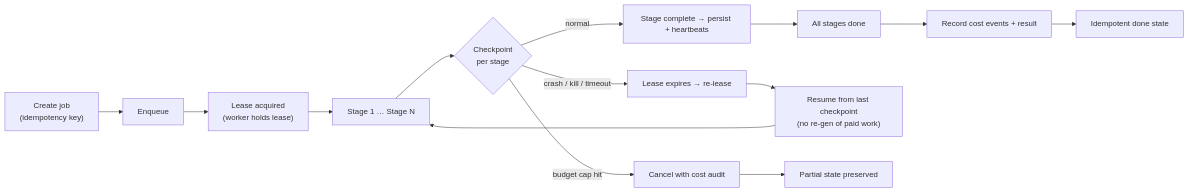
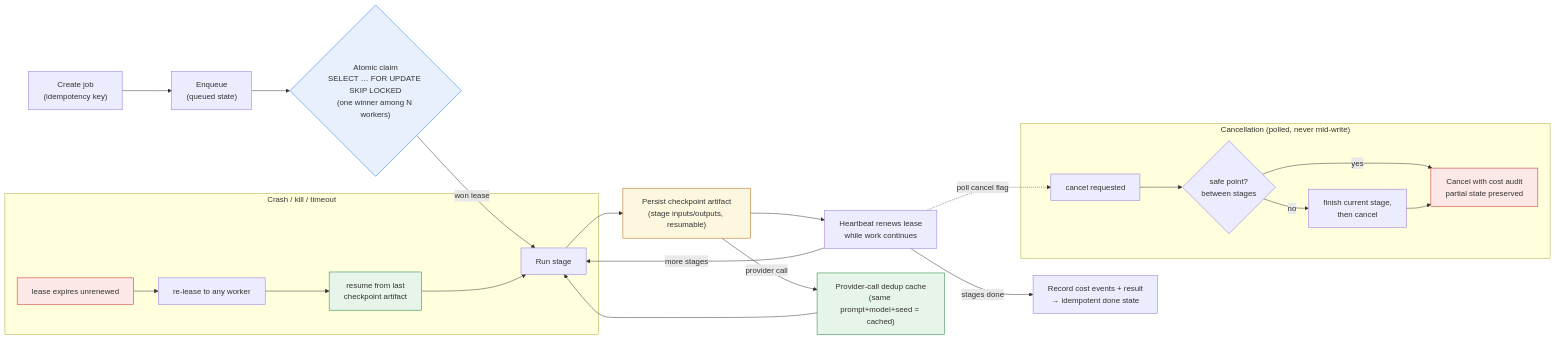
One commit to waalwalker1/knovaryn changed the third of 6 diagrams in docs/architecture/readme-diagrams.md. Above: the diagram before and after it, drawn with Mermaid. The commit also changed other lines of this file and 132 other files, not shown here.

````diff
--- a/docs/architecture/readme-diagrams.md
+++ b/docs/architecture/readme-diagrams.md
@@ -145,19 +168,36 @@
 ```mermaid
 flowchart LR
-    A["Create job<br/>(idempotency key)"] --> B["Enqueue"]
-    B --> C["Lease acquired<br/>(worker holds lease)"]
-    C --> D["Stage 1 … Stage N"]
-    D --> E{"Checkpoint<br/>per stage"}
+    A["Create job<br/>(idempotency key)"] --> B["Enqueue<br/>(queued state)"]
+    B --> C{"Atomic claim<br/>SELECT … FOR UPDATE SKIP LOCKED<br/>(one winner among N workers)"}
 
-    E -->|"normal"| F["Stage complete → persist + heartbeats"]
-    F --> G["All stages done"]
-    G --> H["Record cost events + result"]
-    H --> I["Idempotent done state"]
+    C -->|"won lease"| D["Run stage"]
+    D --> E["Persist checkpoint artifact<br/>(stage inputs/outputs, resumable)"]
+    E --> F["Heartbeat renews lease<br/>while work continues"]
 
-    E -->|"crash / kill / timeout"| J["Lease expires → re-lease"]
-    J --> K["Resume from last checkpoint<br/>(no re-gen of paid work)"]
-    K --> D
+    F -->|"more stages"| D
+    F -->|"stages done"| G["Record cost events + result<br/>→ idempotent done state"]
 
-    E -->|"budget cap hit"| L["Cancel with cost audit"]
-    L --> M["Partial state preserved"]
+    E -->|"provider call"| H["Provider-call dedup cache<br/>(same prompt+model+seed = cached)"]
+    H --> D
+
+    subgraph CANCEL["Cancellation (polled, never mid-write)"]
+        X1["cancel requested"] --> X2{"safe point?<br/>between stages"}
+        X2 -- "yes" --> X3["Cancel with cost audit<br/>partial state preserved"]
+        X2 -- "no" --> X4["finish current stage,<br/>then cancel"]
+        X4 --> X3
+    end
+    F -.->|"poll cancel flag"| X1
+
+    subgraph CRASH["Crash / kill / timeout"]
+        K1["lease expires unrenewed"] --> K2["re-lease to any worker"]
+        K2 --> K3["resume from last<br/>checkpoint artifact"]
+        K3 --> D
+    end
+
+    style C fill:#e8f0fe,stroke:#1a73e8
+    style E fill:#fef7e0,stroke:#b06000
+    style K1 fill:#fce8e6,stroke:#c5221f
+    style K3 fill:#e6f4ea,stroke:#188038
+    style X3 fill:#fce8e6,stroke:#c5221f
+    style H fill:#e6f4ea,stroke:#188038
 ```
````
